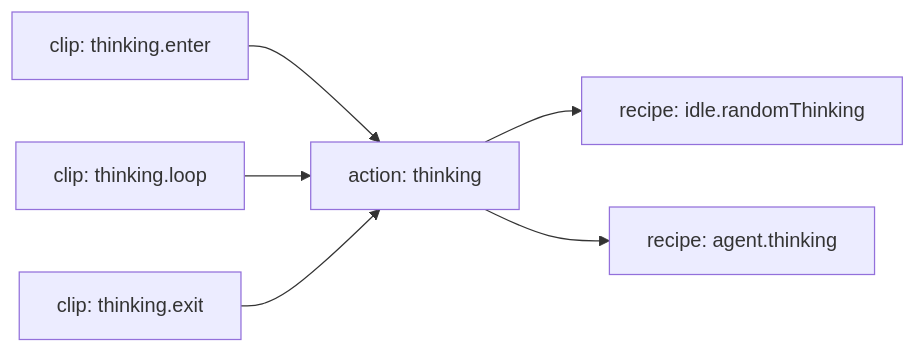
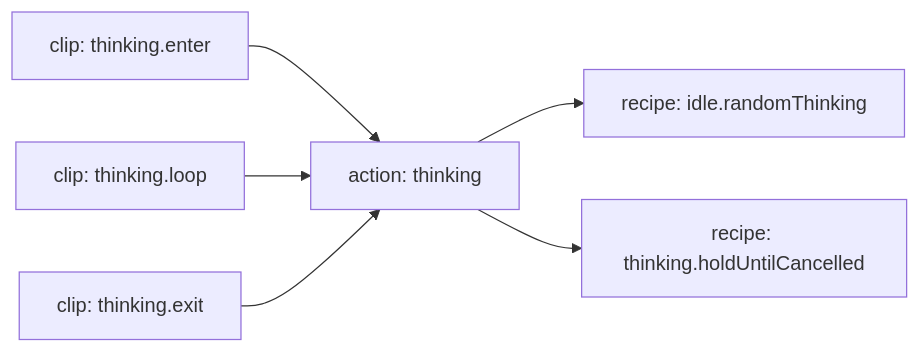
The third of 5 diagrams in docs/v2/设计方案/皮肤包播放行为设计.md (tiantian180/MilesEdgeworth), drawn with Mermaid before and after one commit. The commit also changed other lines of this file and 1 other file, not shown here.

````diff
--- a/docs/v2/设计方案/皮肤包播放行为设计.md
+++ b/docs/v2/设计方案/皮肤包播放行为设计.md
@@ -295,15 +369,15 @@
 ```mermaid
 flowchart LR
     ClipA["clip: thinking.enter"]
     ClipB["clip: thinking.loop"]
     ClipC["clip: thinking.exit"]
     Action["action: thinking"]
     RecipeIdle["recipe: idle.randomThinking"]
-    RecipeAgent["recipe: agent.thinking"]
+    RecipeAgent["recipe: thinking.holdUntilCancelled"]
 
     ClipA --> Action
     ClipB --> Action
     ClipC --> Action
     Action --> RecipeIdle
     Action --> RecipeAgent
 ```
````
